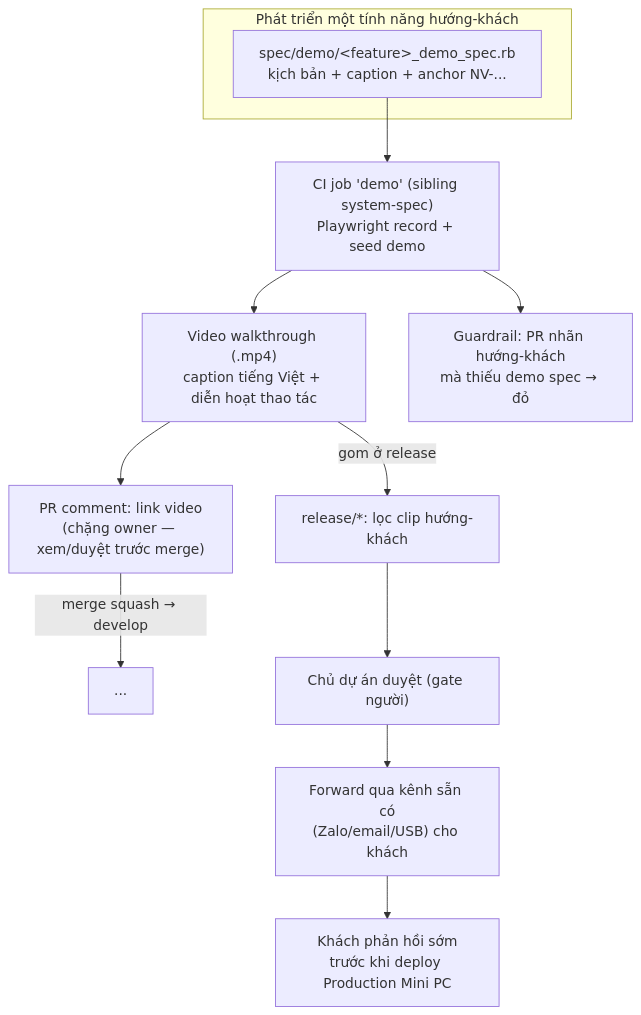
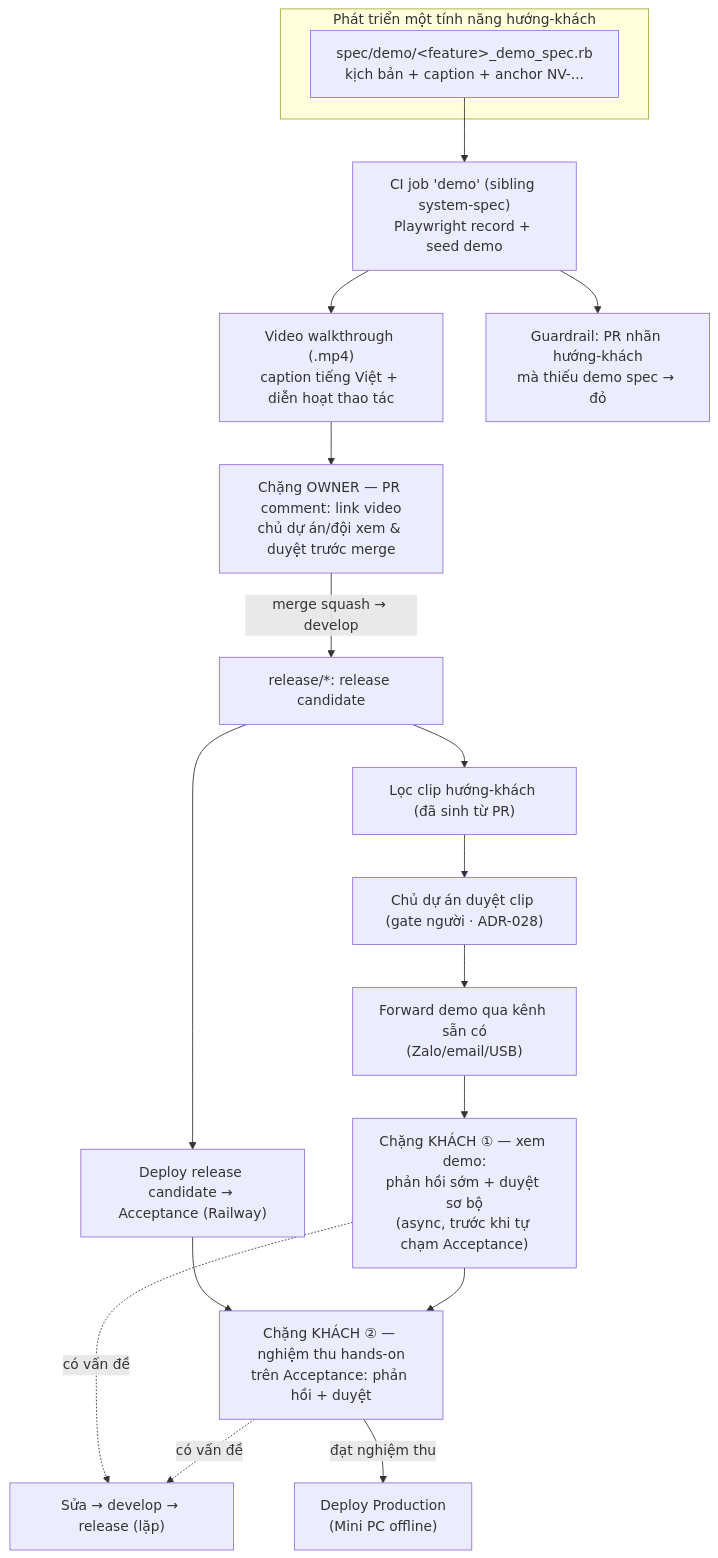
The diagram in docs/superpowers/specs/2026-06-13-tu-dong-hoa-demo-design.md (manhcuongdtbk/electric-water-management), drawn with Mermaid before and after one commit. The commit also changed other lines of this file, not shown here.

Commit message:
docs: clarify two customer feedback loops in demo flow (v0.1.1)
Fix the flow diagram that wrongly implied customer demo approval led
straight to Production. Demo is an early async pre-pass (loop 1) that
precedes hands-on acceptance testing on Acceptance (loop 2); only passing
loop 2 promotes to Production. Both loops can iterate back. Add a
'two feedback loops' section and a non-goal: demo does not replace
hands-on acceptance testing.

Refs #343

````diff
--- a/docs/superpowers/specs/2026-06-13-tu-dong-hoa-demo-design.md
+++ b/docs/superpowers/specs/2026-06-13-tu-dong-hoa-demo-design.md
@@ -50,15 +51,21 @@
 ```mermaid
 flowchart TD
   subgraph DEV["Phát triển một tính năng hướng-khách"]
     SPEC["spec/demo/&lt;feature&gt;_demo_spec.rb<br/>kịch bản + caption + anchor NV-..."]
   end
   SPEC --> CI["CI job 'demo' (sibling system-spec)<br/>Playwright record + seed demo"]
   CI --> VID["Video walkthrough (.mp4)<br/>caption tiếng Việt + diễn hoạt thao tác"]
   CI --> GUARD["Guardrail: PR nhãn hướng-khách<br/>mà thiếu demo spec → đỏ"]
-  VID --> PRC["PR comment: link video<br/>(chặng owner — xem/duyệt trước merge)"]
-  PRC -->|merge squash → develop| DEV2["..."]
-  VID -->|gom ở release| REL["release/*: lọc clip hướng-khách"]
-  REL --> APPROVE["Chủ dự án duyệt (gate người)"]
-  APPROVE --> FWD["Forward qua kênh sẵn có<br/>(Zalo/email/USB) cho khách"]
-  FWD --> FEEDBACK["Khách phản hồi sớm<br/>trước khi deploy Production Mini PC"]
+  VID --> PRC["Chặng OWNER — PR comment: link video<br/>chủ dự án/đội xem & duyệt trước merge"]
+  PRC -->|merge squash → develop| RELCUT["release/*: release candidate"]
+  RELCUT --> DEMOSEL["Lọc clip hướng-khách (đã sinh từ PR)"]
+  RELCUT --> ACCDEP["Deploy release candidate → Acceptance (Railway)"]
+  DEMOSEL --> APPROVE["Chủ dự án duyệt clip (gate người · ADR-028)"]
+  APPROVE --> FWD["Forward demo qua kênh sẵn có<br/>(Zalo/email/USB)"]
+  FWD --> L1["Chặng KHÁCH ① — xem demo:<br/>phản hồi sớm + duyệt sơ bộ<br/>(async, trước khi tự chạm Acceptance)"]
+  ACCDEP --> L2
+  L1 --> L2["Chặng KHÁCH ② — nghiệm thu hands-on<br/>trên Acceptance: phản hồi + duyệt"]
+  L1 -. có vấn đề .-> ITER["Sửa → develop → release (lặp)"]
+  L2 -. có vấn đề .-> ITER
+  L2 -->|đạt nghiệm thu| PROD["Deploy Production<br/>(Mini PC offline)"]
 ```
````
